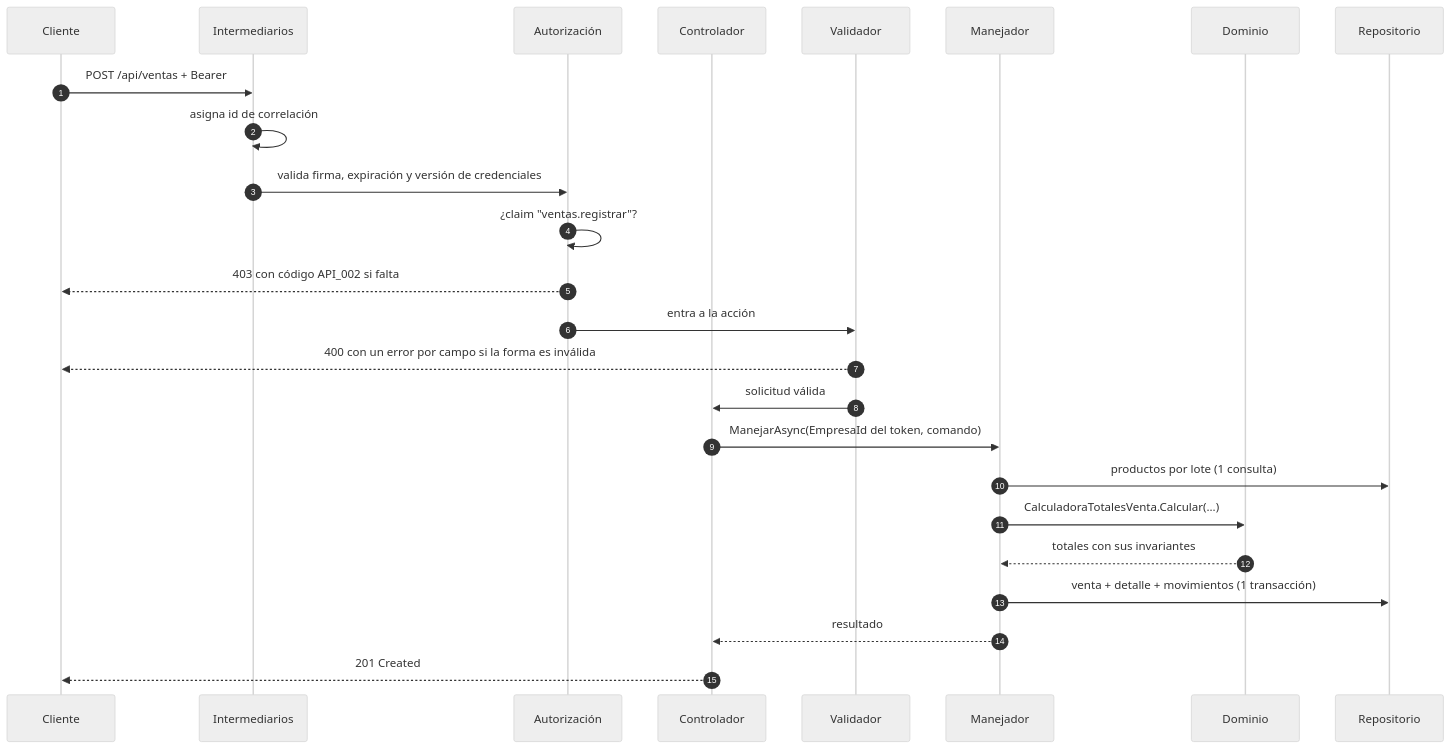
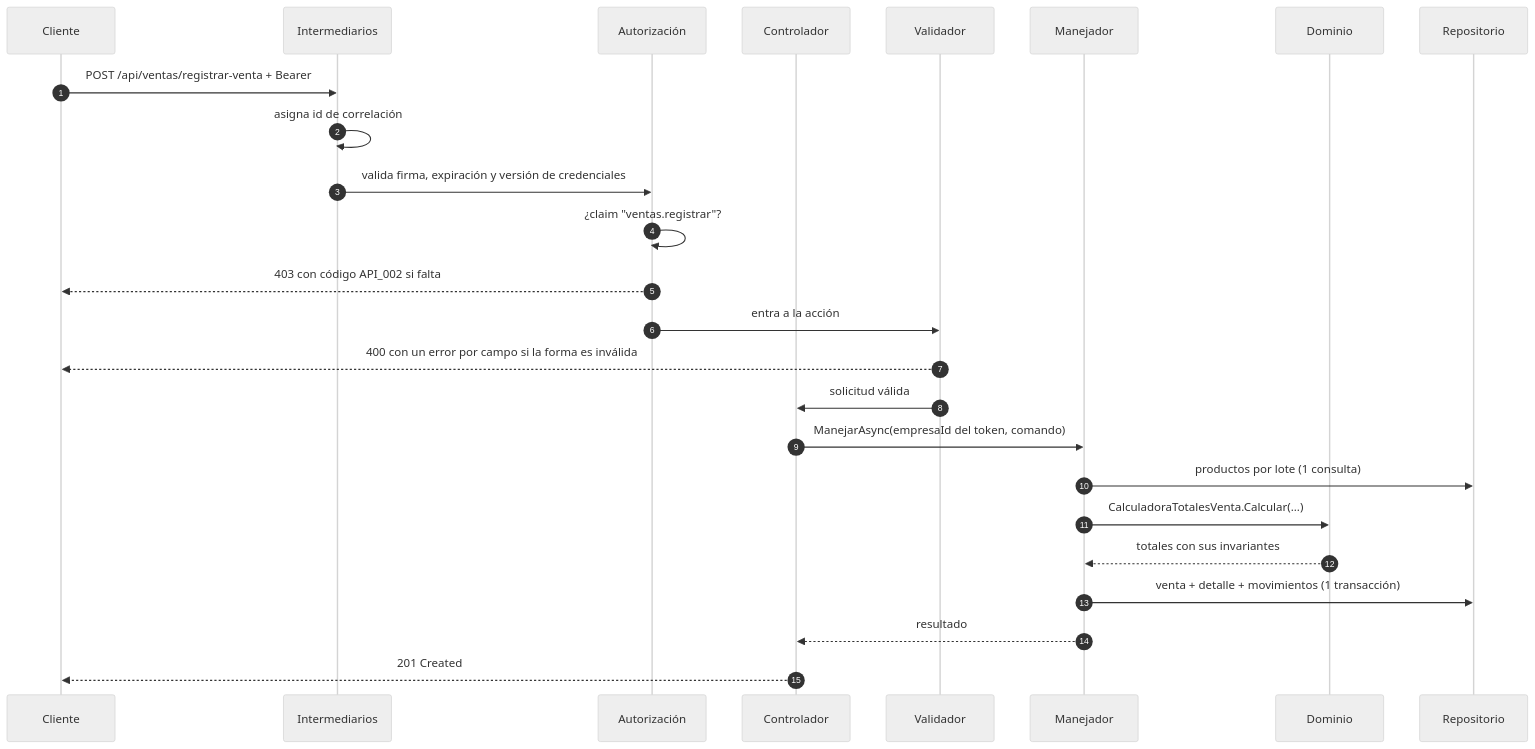
Before and after one commit to oxarox/erp-modular-net8: the second of 2 diagrams in README.md, drawn with Mermaid (neutral theme). The commit also changed other lines of this file and 24 other files, not shown here.

````diff
--- a/README.md
+++ b/README.md
@@ -121,28 +124,28 @@
 ```mermaid
 sequenceDiagram
     autonumber
     participant Cli as Cliente
     participant Mid as Intermediarios
     participant Aut as Autorización
     participant Ctl as Controlador
     participant Val as Validador
     participant Man as Manejador
     participant Dom as Dominio
     participant Rep as Repositorio
 
-    Cli->>Mid: POST /api/ventas + Bearer
+    Cli->>Mid: POST /api/ventas/registrar-venta + Bearer
     Mid->>Mid: asigna id de correlación
     Mid->>Aut: valida firma, expiración y versión de credenciales
     Aut->>Aut: ¿claim "ventas.registrar"?
     Aut-->>Cli: 403 con código API_002 si falta
     Aut->>Val: entra a la acción
     Val-->>Cli: 400 con un error por campo si la forma es inválida
     Val->>Ctl: solicitud válida
-    Ctl->>Man: ManejarAsync(EmpresaId del token, comando)
+    Ctl->>Man: ManejarAsync(empresaId del token, comando)
     Man->>Rep: productos por lote (1 consulta)
     Man->>Dom: CalculadoraTotalesVenta.Calcular(...)
     Dom-->>Man: totales con sus invariantes
     Man->>Rep: venta + detalle + movimientos (1 transacción)
     Man-->>Ctl: resultado
     Ctl-->>Cli: 201 Created
 ```
````
